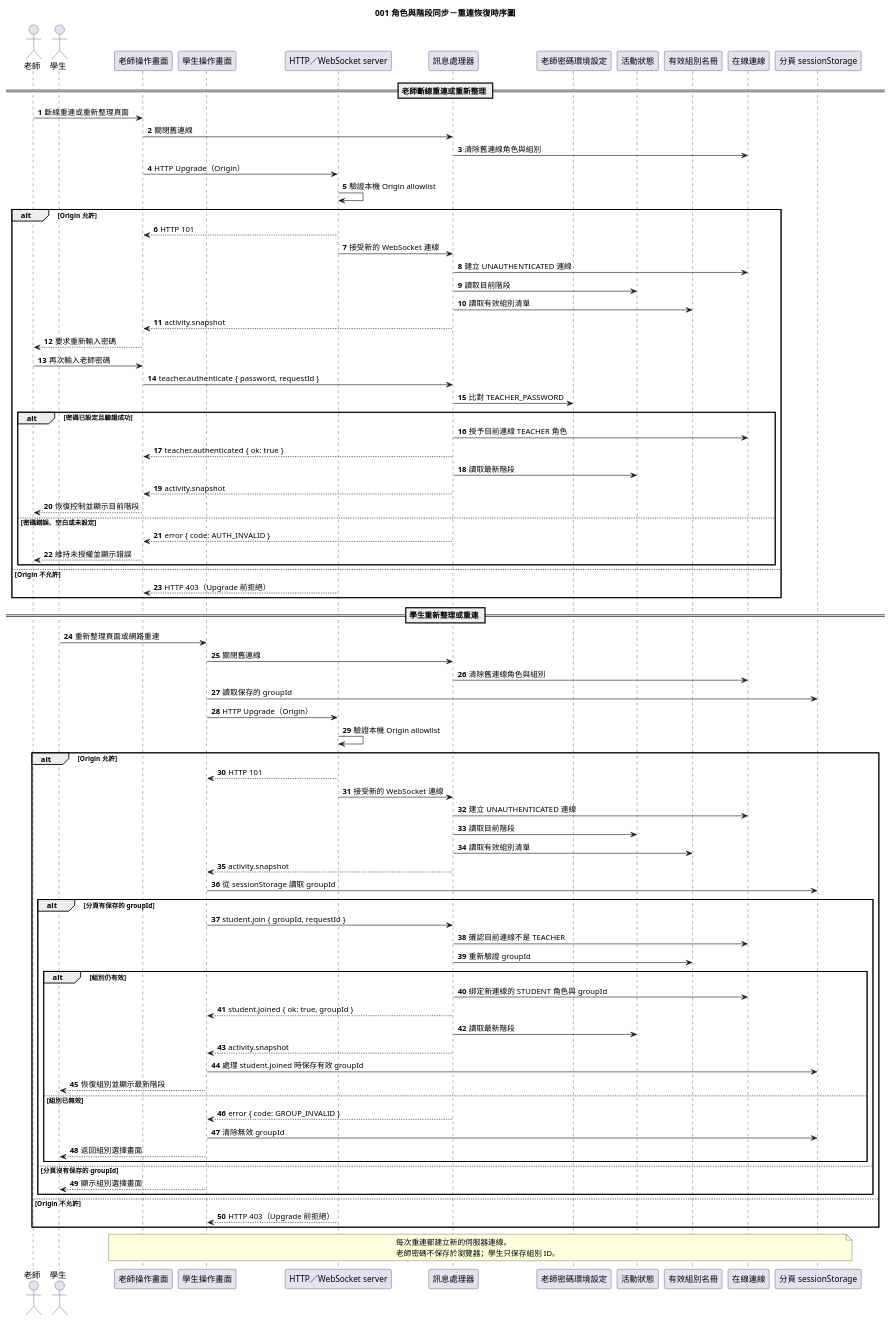
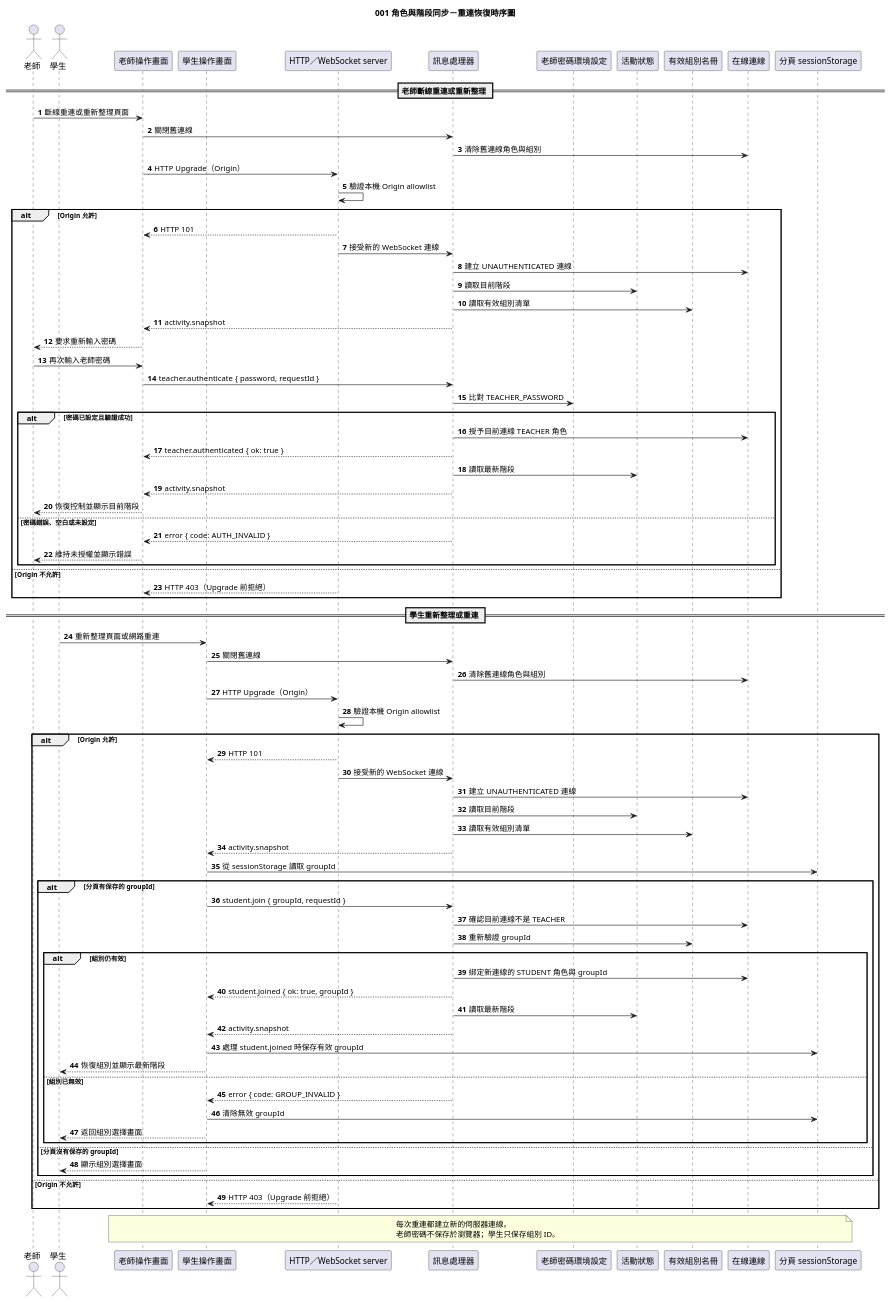
One commit to ncuyvonne/speckit-buzzer changed the diagram in diagrams/001-role-phase-sync-sequence-recovery.puml. Above: the diagram before and after it, drawn with PlantUML. The commit also changed 13 other files, not shown here.

```diff
--- a/diagrams/001-role-phase-sync-sequence-recovery.puml
+++ b/diagrams/001-role-phase-sync-sequence-recovery.puml
@@ -1,91 +1,90 @@
 @startuml
 title 001 角色與階段同步－重連恢復時序圖
 autonumber
 
 actor 老師
 actor 學生
 participant "老師操作畫面" as TeacherUI
 participant "學生操作畫面" as StudentUI
 participant "HTTP／WebSocket server" as WebSocketServer
 participant "訊息處理器" as Handler
 participant "老師密碼環境設定" as Credentials
 participant "活動狀態" as ActivityState
 participant "有效組別名冊" as GroupRoster
 participant "在線連線" as Connections
 participant "分頁 sessionStorage" as StudentStorage
 
 == 老師斷線重連或重新整理 ==
 老師 -> TeacherUI : 斷線重連或重新整理頁面
 TeacherUI -> Handler : 關閉舊連線
 Handler -> Connections : 清除舊連線角色與組別
 TeacherUI -> WebSocketServer : HTTP Upgrade（Origin）
 WebSocketServer -> WebSocketServer : 驗證本機 Origin allowlist
 alt Origin 允許
   WebSocketServer --> TeacherUI : HTTP 101
   WebSocketServer -> Handler : 接受新的 WebSocket 連線
   Handler -> Connections : 建立 UNAUTHENTICATED 連線
   Handler -> ActivityState : 讀取目前階段
   Handler -> GroupRoster : 讀取有效組別清單
   Handler --> TeacherUI : activity.snapshot
   TeacherUI --> 老師 : 要求重新輸入密碼
   老師 -> TeacherUI : 再次輸入老師密碼
   TeacherUI -> Handler : teacher.authenticate { password, requestId }
   Handler -> Credentials : 比對 TEACHER_PASSWORD
   alt 密碼已設定且驗證成功
     Handler -> Connections : 授予目前連線 TEACHER 角色
     Handler --> TeacherUI : teacher.authenticated { ok: true }
     Handler -> ActivityState : 讀取最新階段
     Handler --> TeacherUI : activity.snapshot
     TeacherUI --> 老師 : 恢復控制並顯示目前階段
   else 密碼錯誤、空白或未設定
     Handler --> TeacherUI : error { code: AUTH_INVALID }
     TeacherUI --> 老師 : 維持未授權並顯示錯誤
   end
 else Origin 不允許
   WebSocketServer --> TeacherUI : HTTP 403（Upgrade 前拒絕）
 end
 
 == 學生重新整理或重連 ==
 學生 -> StudentUI : 重新整理頁面或網路重連
 StudentUI -> Handler : 關閉舊連線
 Handler -> Connections : 清除舊連線角色與組別
-StudentUI -> StudentStorage : 讀取保存的 groupId
 StudentUI -> WebSocketServer : HTTP Upgrade（Origin）
 WebSocketServer -> WebSocketServer : 驗證本機 Origin allowlist
 alt Origin 允許
   WebSocketServer --> StudentUI : HTTP 101
   WebSocketServer -> Handler : 接受新的 WebSocket 連線
   Handler -> Connections : 建立 UNAUTHENTICATED 連線
   Handler -> ActivityState : 讀取目前階段
   Handler -> GroupRoster : 讀取有效組別清單
   Handler --> StudentUI : activity.snapshot
   StudentUI -> StudentStorage : 從 sessionStorage 讀取 groupId
   alt 分頁有保存的 groupId
     StudentUI -> Handler : student.join { groupId, requestId }
     Handler -> Connections : 確認目前連線不是 TEACHER
     Handler -> GroupRoster : 重新驗證 groupId
     alt 組別仍有效
       Handler -> Connections : 綁定新連線的 STUDENT 角色與 groupId
       Handler --> StudentUI : student.joined { ok: true, groupId }
       Handler -> ActivityState : 讀取最新階段
       Handler --> StudentUI : activity.snapshot
       StudentUI -> StudentStorage : 處理 student.joined 時保存有效 groupId
       StudentUI --> 學生 : 恢復組別並顯示最新階段
     else 組別已無效
       Handler --> StudentUI : error { code: GROUP_INVALID }
       StudentUI -> StudentStorage : 清除無效 groupId
       StudentUI --> 學生 : 返回組別選擇畫面
     end
   else 分頁沒有保存的 groupId
     StudentUI --> 學生 : 顯示組別選擇畫面
   end
 else Origin 不允許
   WebSocketServer --> StudentUI : HTTP 403（Upgrade 前拒絕）
 end
 
 note over TeacherUI,StudentStorage
   每次重連都建立新的伺服器連線。
   老師密碼不保存於瀏覽器；學生只保存組別 ID。
 end note
 
 @enduml
```
